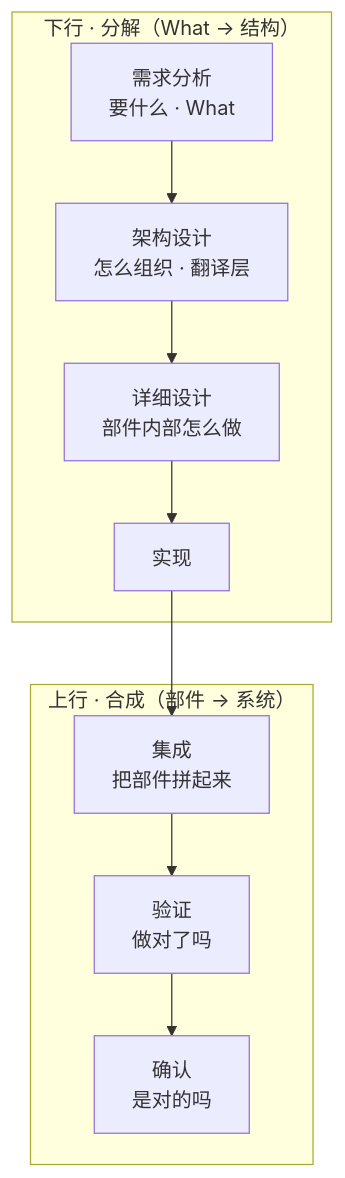
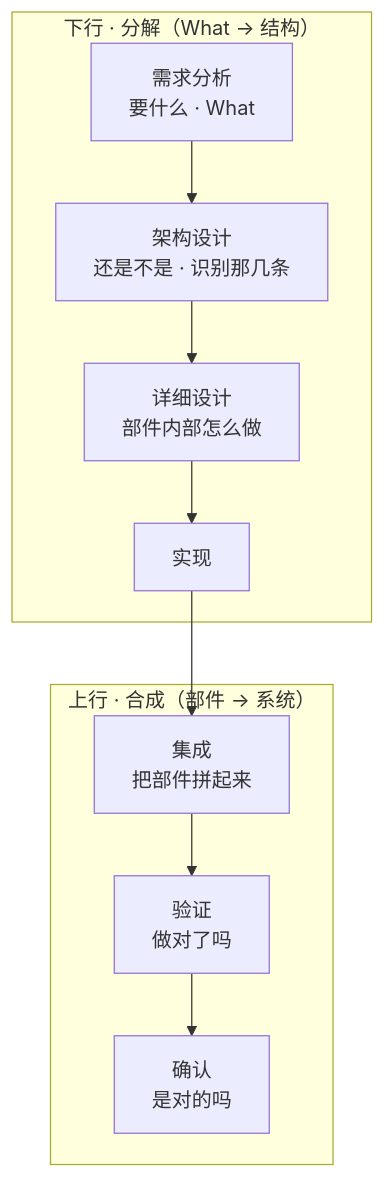
The second of 12 diagrams in 10-系统工程研究/00-系统工程相关研究报告/10-架构设计方法论全景研究报告.md (Yongjunzhou/business-Engineering), drawn with Mermaid before and after one commit. The commit also changed other lines of this file and 5 other files, not shown here.

Commit message:
[AI] 10 号架构设计方法论全景对齐 46 号 v2.6（v2.8→v2.9→v3.0）：对齐落笔 182 处（首轮 134＋改后复读回修 48）、判留 61，五处硬伤（AD＝一组视图撞 §5.4／§4.1 图粒度梯子撞 §4.3／b) 2) 误指实为 b) 1)／2011 句尾非两条／三把尺一族 12 处轮内收口）；轻量重构＝摘要九条＋§0 走法＋台账「归主线」列（8/6/4/1/6/3/6/5/10＝49）＋§11.9 章↔清单对照，章题章序节号一处未动、库外换算 0；19 号台账与批五 4/4、三把尺批六 13→12、记忆两件

````diff
--- a/10-系统工程研究/00-系统工程相关研究报告/10-架构设计方法论全景研究报告.md
+++ b/10-系统工程研究/00-系统工程相关研究报告/10-架构设计方法论全景研究报告.md
@@ -97,13 +166,13 @@
 ```mermaid
 flowchart TB
     subgraph down["下行 · 分解（What → 结构）"]
-        A[需求分析<br/>要什么 · What] --> B[架构设计<br/>怎么组织 · 翻译层]
+        A[需求分析<br/>要什么 · What] --> B[架构设计<br/>还是不是 · 识别那几条]
         B --> C[详细设计<br/>部件内部怎么做]
         C --> D[实现]
     end
     subgraph up["上行 · 合成（部件 → 系统）"]
         D --> E[集成<br/>把部件拼起来]
         E --> F[验证<br/>做对了吗]
         F --> G[确认<br/>是对的吗]
     end
 ```
````
